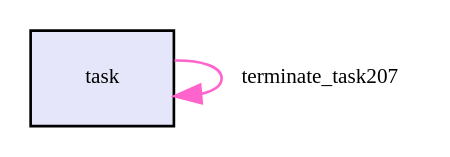
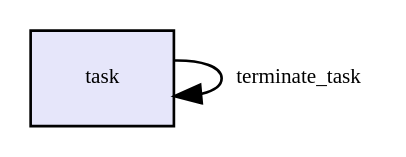
One commit to TinkerBellSystem/graph-matching changed the diagram in tmp/provenance_task_free.dot. Above: the diagram before and after it, drawn with Graphviz. The commit also changed 64 other files, not shown here.

Commit message:
simply graph

```diff
--- a/tmp/provenance_task_free.dot
+++ b/tmp/provenance_task_free.dot
@@ -1,5 +1,5 @@
 digraph RGL__DirectedAdjacencyGraph {task[fontsize = 8,label = "task",shape = rectangle, fillcolor="#e6e6fa", style = filled]
 
-task -> task[fontsize = 8,label = "terminate_task207", color="#ff64cd"]
+task -> task[fontsize = 8,label = "terminate_task", color="#000000"]
 
 }
```
